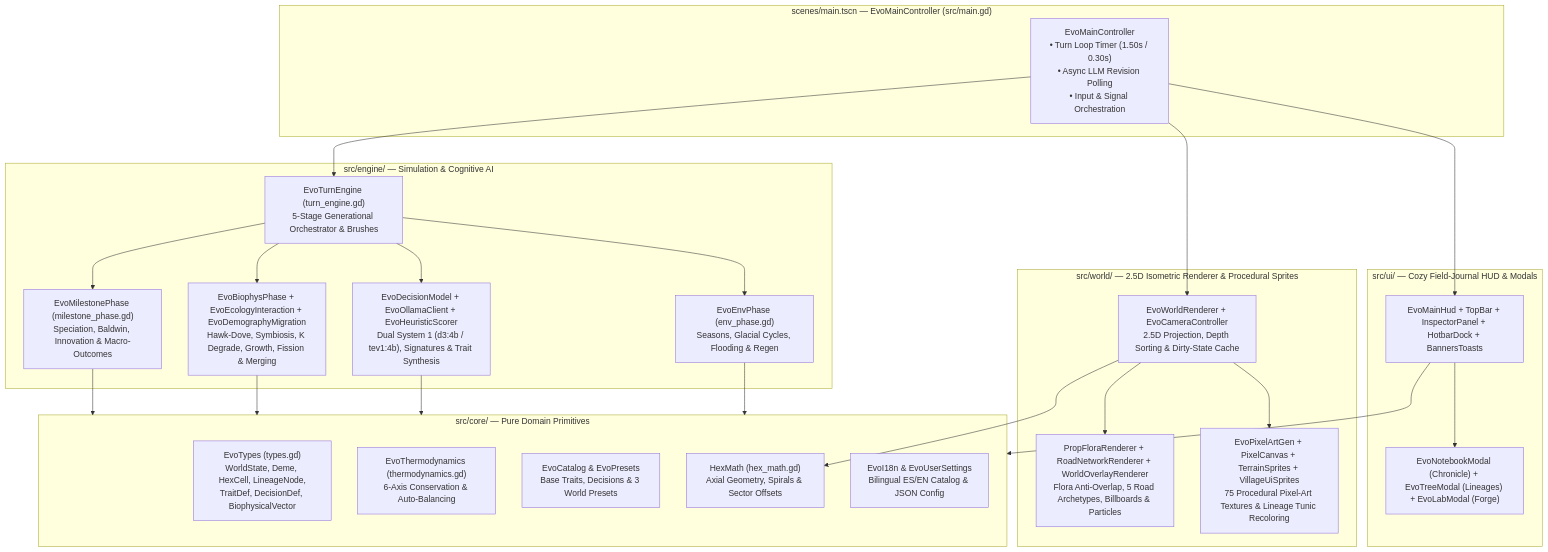
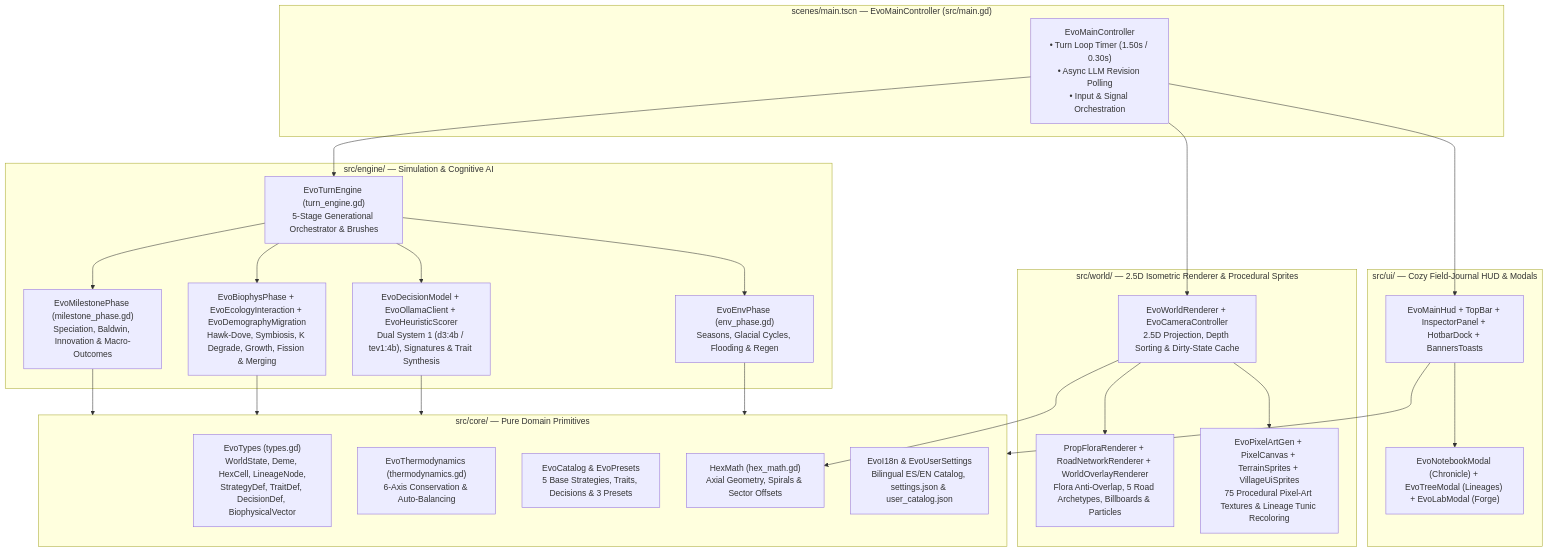
Before and after one commit to arrase/Evolution: the diagram in gh-pages/architecture_developer.md, drawn with Mermaid. The commit also changed other lines of this file and 22 other files, not shown here.

````diff
--- a/gh-pages/architecture_developer.md
+++ b/gh-pages/architecture_developer.md
@@ -9,41 +9,41 @@
 ```mermaid
 flowchart TD
     subgraph Root ["scenes/main.tscn — EvoMainController (src/main.gd)"]
         Main["EvoMainController\n• Turn Loop Timer (1.50s / 0.30s)\n• Async LLM Revision Polling\n• Input & Signal Orchestration"]
     end
 
     subgraph Core ["src/core/ — Pure Domain Primitives"]
-        Types["EvoTypes (types.gd)\nWorldState, Deme, HexCell, LineageNode,\nTraitDef, DecisionDef, BiophysicalVector"]
+        Types["EvoTypes (types.gd)\nWorldState, Deme, HexCell, LineageNode,\nStrategyDef, TraitDef, DecisionDef, BiophysicalVector"]
         Thermo["EvoThermodynamics (thermodynamics.gd)\n6-Axis Conservation & Auto-Balancing"]
-        Catalog["EvoCatalog & EvoPresets\nBase Traits, Decisions & 3 World Presets"]
+        Catalog["EvoCatalog & EvoPresets\n5 Base Strategies, Traits, Decisions & 3 Presets"]
         HexMath["HexMath (hex_math.gd)\nAxial Geometry, Spirals & Sector Offsets"]
-        I18n["EvoI18n & EvoUserSettings\nBilingual ES/EN Catalog & JSON Config"]
+        I18n["EvoI18n & EvoUserSettings\nBilingual ES/EN Catalog, settings.json & user_catalog.json"]
     end
 
     subgraph Engine ["src/engine/ — Simulation & Cognitive AI"]
         Turn["EvoTurnEngine (turn_engine.gd)\n5-Stage Generational Orchestrator & Brushes"]
         Env["EvoEnvPhase (env_phase.gd)\nSeasons, Glacial Cycles, Flooding & Regen"]
         Cog["EvoDecisionModel + EvoOllamaClient + EvoHeuristicScorer\nDual System 1 (d3:4b / tev1:4b), Signatures & Trait Synthesis"]
         Biophys["EvoBiophysPhase + EvoEcologyInteraction + EvoDemographyMigration\nHawk-Dove, Symbiosis, K Degrade, Growth, Fission & Merging"]
         Mile["EvoMilestonePhase (milestone_phase.gd)\nSpeciation, Baldwin, Innovation & Macro-Outcomes"]
     end
 
     subgraph World ["src/world/ — 2.5D Isometric Renderer & Procedural Sprites"]
         Renderer["EvoWorldRenderer + EvoCameraController\n2.5D Projection, Depth Sorting & Dirty-State Cache"]
         SubRender["PropFloraRenderer + RoadNetworkRenderer + WorldOverlayRenderer\nFlora Anti-Overlap, 5 Road Archetypes, Billboards & Particles"]
         Sprites["EvoPixelArtGen + PixelCanvas + TerrainSprites + VillageUiSprites\n75 Procedural Pixel-Art Textures & Lineage Tunic Recoloring"]
     end
 
     subgraph UI ["src/ui/ — Cozy Field-Journal HUD & Modals"]
         HUD["EvoMainHud + TopBar + InspectorPanel + HotbarDock + BannersToasts"]
         Modals["EvoNotebookModal (Chronicle) + EvoTreeModal (Lineages) + EvoLabModal (Forge)"]
     end
 
     Main --> Turn
     Main --> Renderer
     Main --> HUD
     Turn --> Env & Cog & Biophys & Mile
     Env & Cog & Biophys & Mile --> Core
     Renderer --> SubRender & Sprites & HexMath
     HUD --> Modals & Core
 ```
````
